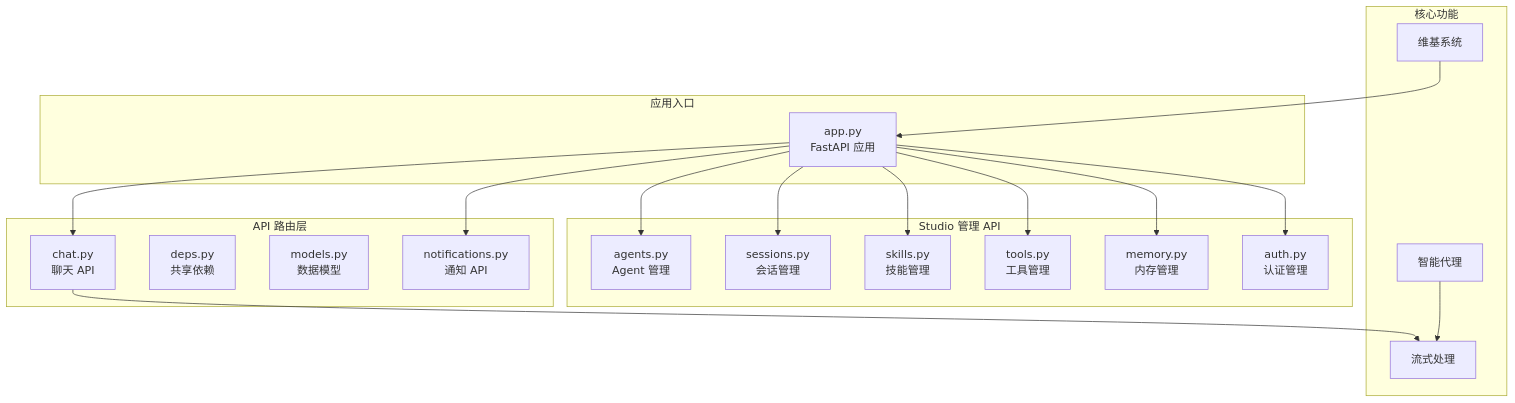
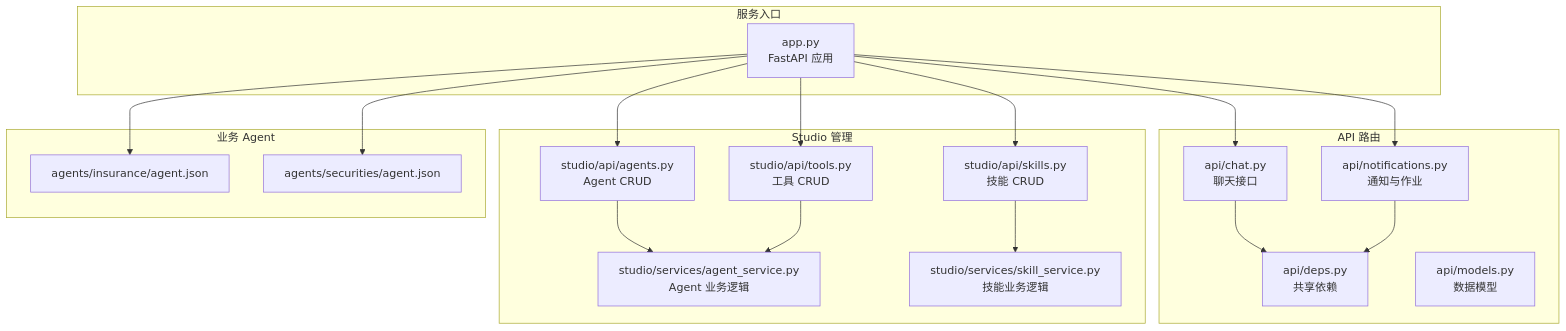
Before and after one commit to YU-JI-KUI/ark-agentic: the first of 7 diagrams in repowiki/zh/content/API 接口文档/维基系统 API.md, drawn with Mermaid. The commit also changed other lines of this file and 5 other files, not shown here.

````diff
--- a/repowiki/zh/content/API 接口文档/维基系统 API.md
+++ b/repowiki/zh/content/API 接口文档/维基系统 API.md
@@ -45,36 +49,35 @@
 ```mermaid
 graph TB
-subgraph "应用入口"
-APP[app.py<br/>FastAPI 应用]
+subgraph "服务入口"
+APP["app.py<br/>FastAPI 应用"]
 end
-subgraph "API 路由层"
-CHAT[chat.py<br/>聊天 API]
-DEPS[deps.py<br/>共享依赖]
-MODELS[models.py<br/>数据模型]
-NOTIF[notifications.py<br/>通知 API]
+subgraph "API 路由"
+CHAT["api/chat.py<br/>聊天接口"]
+NOTIF["api/notifications.py<br/>通知与作业"]
+DEPS["api/deps.py<br/>共享依赖"]
+MODELS["api/models.py<br/>数据模型"]
 end
-subgraph "Studio 管理 API"
-ST_AGENTS[agents.py<br/>Agent 管理]
-ST_SESSIONS[sessions.py<br/>会话管理]
-ST_SKILLS[skills.py<br/>技能管理]
-ST_TOOLS[tools.py<br/>工具管理]
-ST_MEMORY[memory.py<br/>内存管理]
-ST_AUTH[auth.py<br/>认证管理]
+subgraph "Studio 管理"
+STUDIO_AGENTS["studio/api/agents.py<br/>Agent CRUD"]
+STUDIO_SKILLS["studio/api/skills.py<br/>技能 CRUD"]
+STUDIO_TOOLS["studio/api/tools.py<br/>工具 CRUD"]
+SVC_AGENTS["studio/services/agent_service.py<br/>Agent 业务逻辑"]
+SVC_SKILLS["studio/services/skill_service.py<br/>技能业务逻辑"]
 end
-subgraph "核心功能"
-WIKI[维基系统]
-AGENTS[智能代理]
-STREAM[流式处理]
+subgraph "业务 Agent"
+INS["agents/insurance/agent.json"]
+SEC["agents/securities/agent.json"]
 end
 APP --> CHAT
 APP --> NOTIF
-APP --> ST_AGENTS
-APP --> ST_SESSIONS
-APP --> ST_SKILLS
-APP --> ST_TOOLS
-APP --> ST_MEMORY
-APP --> ST_AUTH
-CHAT --> STREAM
-AGENTS --> STREAM
-WIKI --> APP
+APP --> STUDIO_AGENTS
+APP --> STUDIO_SKILLS
+APP --> STUDIO_TOOLS
+CHAT --> DEPS
+NOTIF --> DEPS
+STUDIO_AGENTS --> SVC_AGENTS
+STUDIO_SKILLS --> SVC_SKILLS
+STUDIO_TOOLS --> SVC_AGENTS
+APP --> INS
+APP --> SEC
 ```
````
